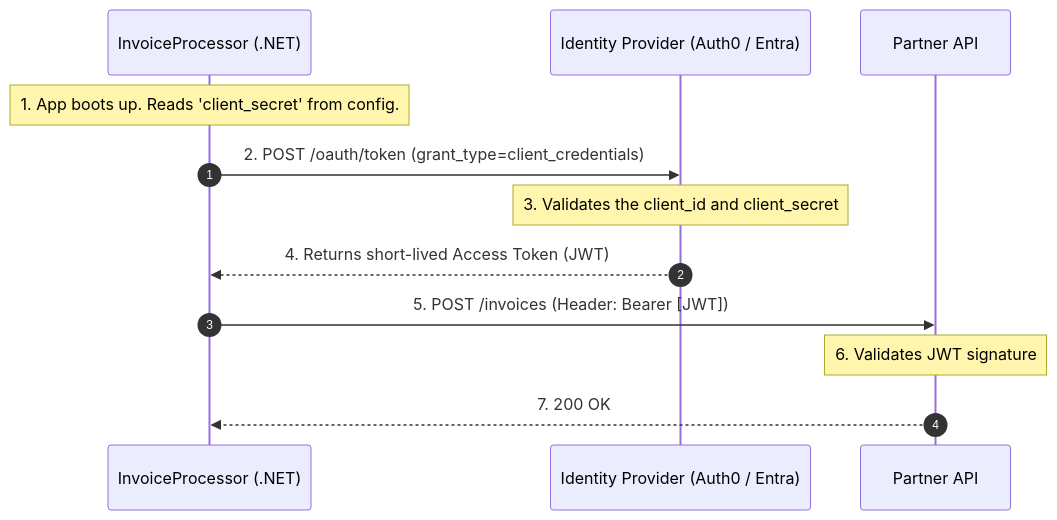
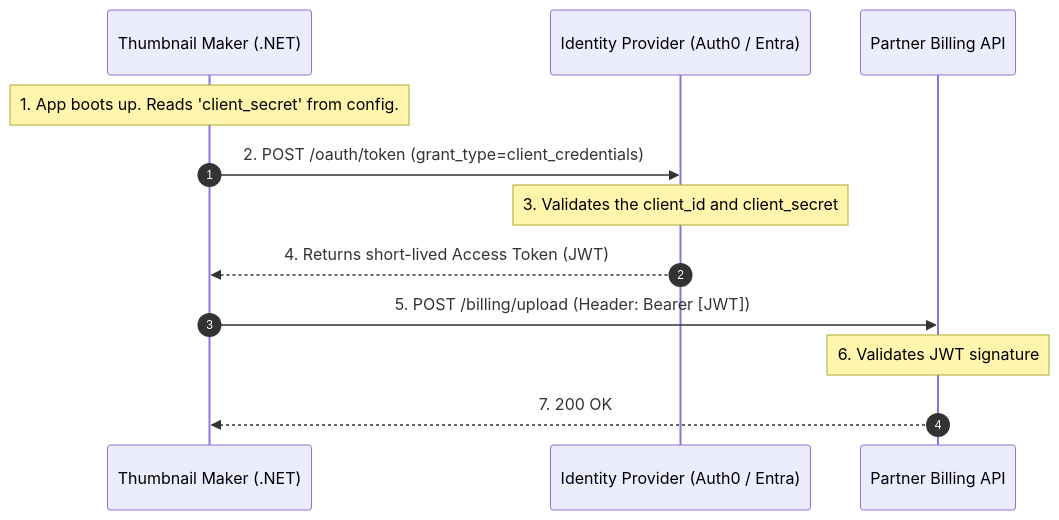
One commit to nirajp82/IdentityAccessManagement_IAM changed the first of 4 diagrams in Quiz/05_machine_to_machine_m2m_and_workload_identity.md. Above: the diagram before and after it, drawn with Mermaid. The commit also changed other lines of this file, not shown here.

````diff
--- a/Quiz/05_machine_to_machine_m2m_and_workload_identity.md
+++ b/Quiz/05_machine_to_machine_m2m_and_workload_identity.md
@@ -52,19 +52,19 @@
 ```mermaid
 sequenceDiagram
     autonumber
-    participant App as InvoiceProcessor (.NET)
+    participant App as Thumbnail Maker (.NET)
     participant IDP as Identity Provider (Auth0 / Entra)
-    participant ExternalAPI as Partner API
+    participant ExternalAPI as Partner Billing API
 
     Note over App: 1. App boots up. Reads 'client_secret' from config.
     App->>IDP: 2. POST /oauth/token (grant_type=client_credentials)
     
     Note over IDP: 3. Validates the client_id and client_secret
     IDP-->>App: 4. Returns short-lived Access Token (JWT)
     
-    App->>ExternalAPI: 5. POST /invoices (Header: Bearer [JWT])
+    App->>ExternalAPI: 5. POST /billing/upload (Header: Bearer [JWT])
     
     Note over ExternalAPI: 6. Validates JWT signature
     ExternalAPI-->>App: 7. 200 OK
 
 ```
````
